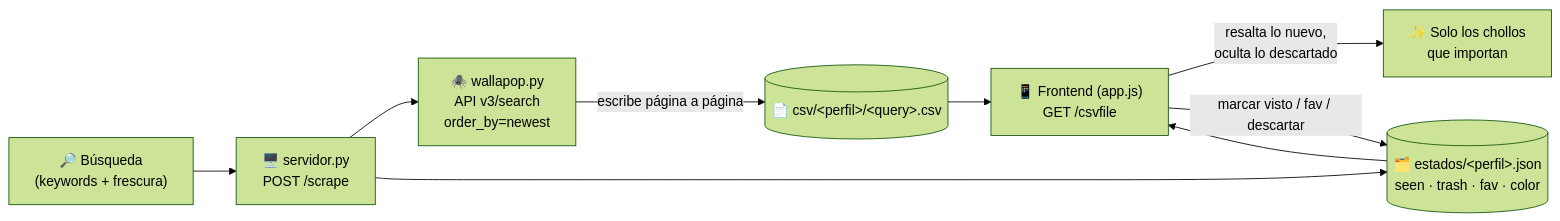
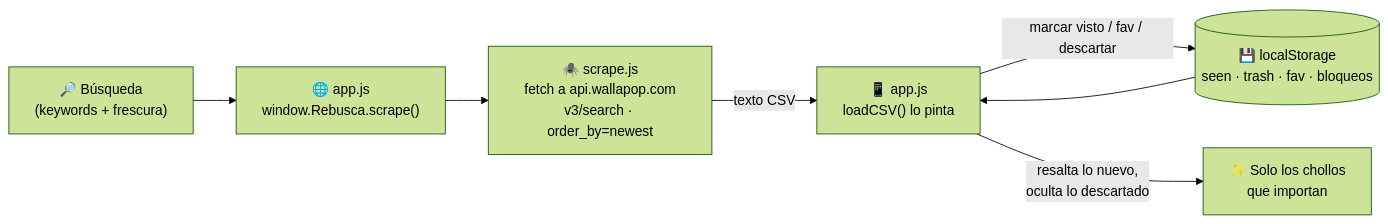
One commit to jfdg01/rebusca changed the diagram in README.md. Above: the diagram before and after it, drawn with Mermaid (forest theme). The commit also changed other lines of this file, not shown here.

First line of the commit message:
docs: update README to current static/browser-scrape architecture

````diff
--- a/README.md
+++ b/README.md
@@ -22,11 +26,9 @@
 ```mermaid
 flowchart LR
-    A["🔎 Búsqueda<br/>(keywords + frescura)"] --> B["🖥️ servidor.py<br/>POST /scrape"]
-    B --> C["🕷️ wallapop.py<br/>API v3/search<br/>order_by=newest"]
-    C -->|"escribe página a página"| D[("📄 csv/&lt;perfil&gt;/&lt;query&gt;.csv")]
-    B --> E[("🗂️ estados/&lt;perfil&gt;.json<br/>seen · trash · fav · color")]
-    D --> F["📱 Frontend (app.js)<br/>GET /csvfile"]
-    E --> F
-    F -->|"resalta lo nuevo,<br/>oculta lo descartado"| G["✨ Solo los chollos<br/>que importan"]
-    F -->|"marcar visto / fav / descartar"| E
+    A["🔎 Búsqueda<br/>(keywords + frescura)"] --> B["🌐 app.js<br/>window.Rebusca.scrape()"]
+    B --> C["🕷️ scrape.js<br/>fetch a api.wallapop.com<br/>v3/search · order_by=newest"]
+    C -->|"texto CSV"| D["📱 app.js<br/>loadCSV() lo pinta"]
+    D -->|"marcar visto / fav / descartar"| E[("💾 localStorage<br/>seen · trash · fav · bloqueos")]
+    E --> D
+    D -->|"resalta lo nuevo,<br/>oculta lo descartado"| G["✨ Solo los chollos<br/>que importan"]
 ```
````
